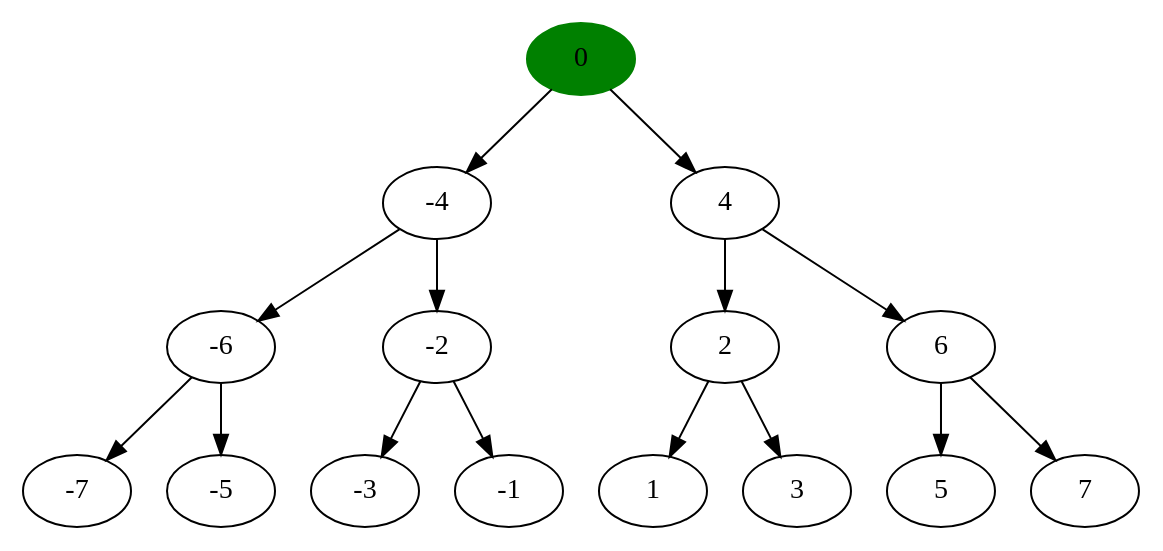
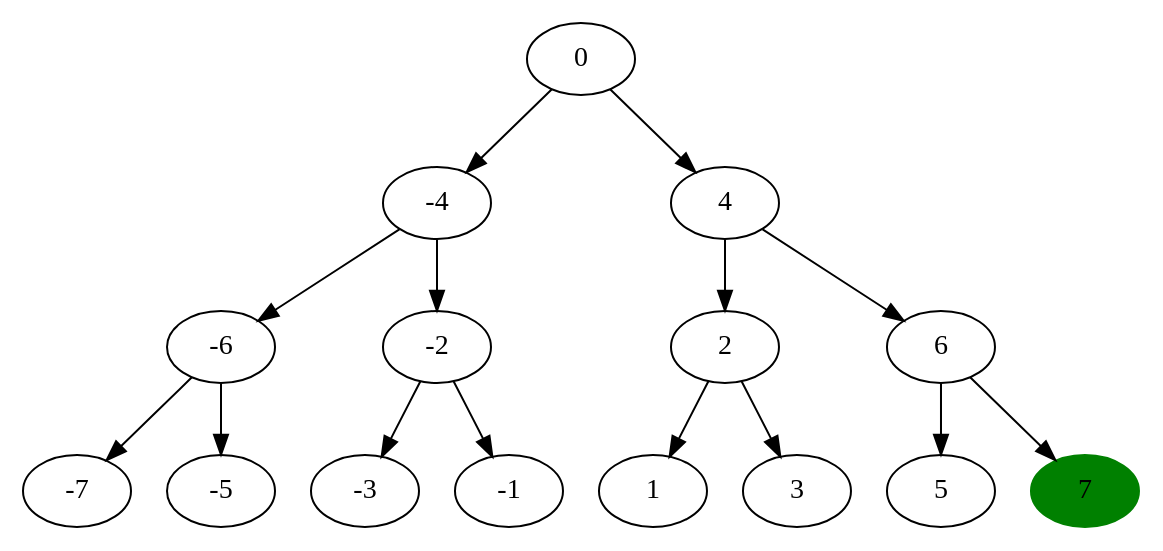
The diagram in algorithm_visualizer/src/save/tmp/tree.dot (Les-Alchimistes-Labs/AlgorithmVisualizer), drawn with Graphviz before and after one commit. The commit also changed 15 other files, not shown here.

```diff
--- a/algorithm_visualizer/src/save/tmp/tree.dot
+++ b/algorithm_visualizer/src/save/tmp/tree.dot
@@ -1,32 +1,32 @@
 digraph tree {
 //0 -4 -6 -7 -5 -2 -3 -1 4 2 1 3 6 5 7 
-n0 [label="0", style = filled , color = green]
+n0 [label="0"]
 n_4 [label="-4"]
 n_6 [label="-6"]
 n_7 [label="-7"]
 n_5 [label="-5"]
 n_2 [label="-2"]
 n_3 [label="-3"]
 n_1 [label="-1"]
 n4 [label="4"]
 n2 [label="2"]
 n1 [label="1"]
 n3 [label="3"]
 n6 [label="6"]
 n5 [label="5"]
-n7 [label="7"]
+n7 [label="7", style = filled , color = green]
 n0->n_4
 n0->n4
 n_4->n_6
 n_4->n_2
 n4->n2
 n4->n6
 n_6->n_7
 n_6->n_5
 n_2->n_3
 n_2->n_1
 n2->n1
 n2->n3
 n6->n5
 n6->n7
 }
```
